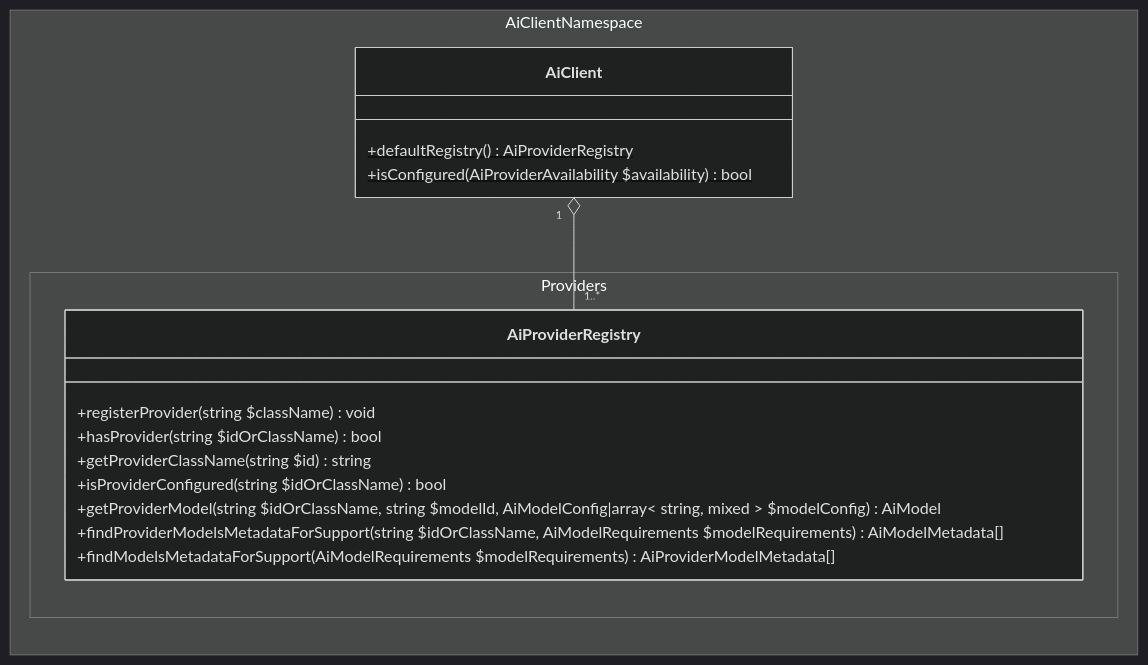
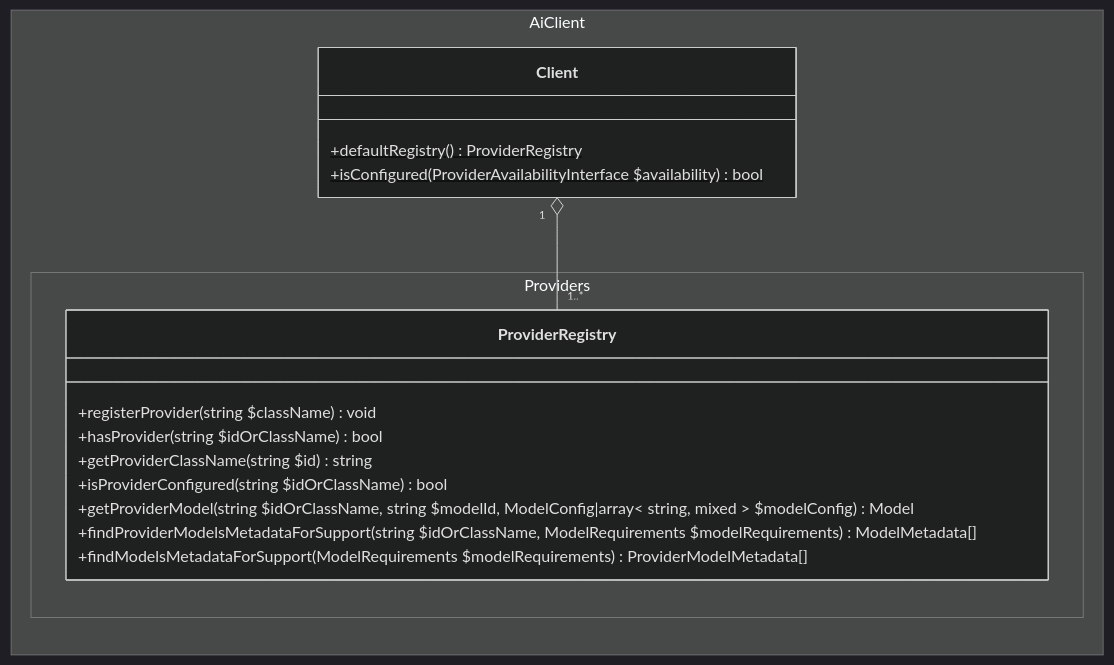
The third of 5 diagrams in docs/ARCHITECTURE.md (WordPress/php-ai-client), drawn with Mermaid (dark theme) before and after one commit. The commit also changed other lines of this file, not shown here.

````diff
--- a/docs/ARCHITECTURE.md
+++ b/docs/ARCHITECTURE.md
@@ -404,28 +406,28 @@
 ```mermaid
 ---
 config:
   class:
     hideEmptyMembersBox: true
 ---
 classDiagram
 direction LR
-    namespace AiClientNamespace {
-        class AiClient {
-            +defaultRegistry() AiProviderRegistry$
-            +isConfigured(AiProviderAvailability $availability) bool$
+    namespace AiClient {
+        class Client {
+            +defaultRegistry() ProviderRegistry$
+            +isConfigured(ProviderAvailabilityInterface $availability) bool$
         }
     }
-    namespace AiClientNamespace.Providers {
-        class AiProviderRegistry {
+    namespace AiClient.Providers {
+        class ProviderRegistry {
             +registerProvider(string $className) void
             +hasProvider(string $idOrClassName) bool
             +getProviderClassName(string $id) string
             +isProviderConfigured(string $idOrClassName) bool
-            +getProviderModel(string $idOrClassName, string $modelId, AiModelConfig|array< string, mixed > $modelConfig) AiModel
-            +findProviderModelsMetadataForSupport(string $idOrClassName, AiModelRequirements $modelRequirements) AiModelMetadata[]
-            +findModelsMetadataForSupport(AiModelRequirements $modelRequirements) AiProviderModelMetadata[]
+            +getProviderModel(string $idOrClassName, string $modelId, ModelConfig|array< string, mixed > $modelConfig) Model
+            +findProviderModelsMetadataForSupport(string $idOrClassName, ModelRequirements $modelRequirements) ModelMetadata[]
+            +findModelsMetadataForSupport(ModelRequirements $modelRequirements) ProviderModelMetadata[]
         }
     }
 
-    AiClient "1" o-- "1..*" AiProviderRegistry
+    Client "1" o-- "1..*" ProviderRegistry
 ```
````
